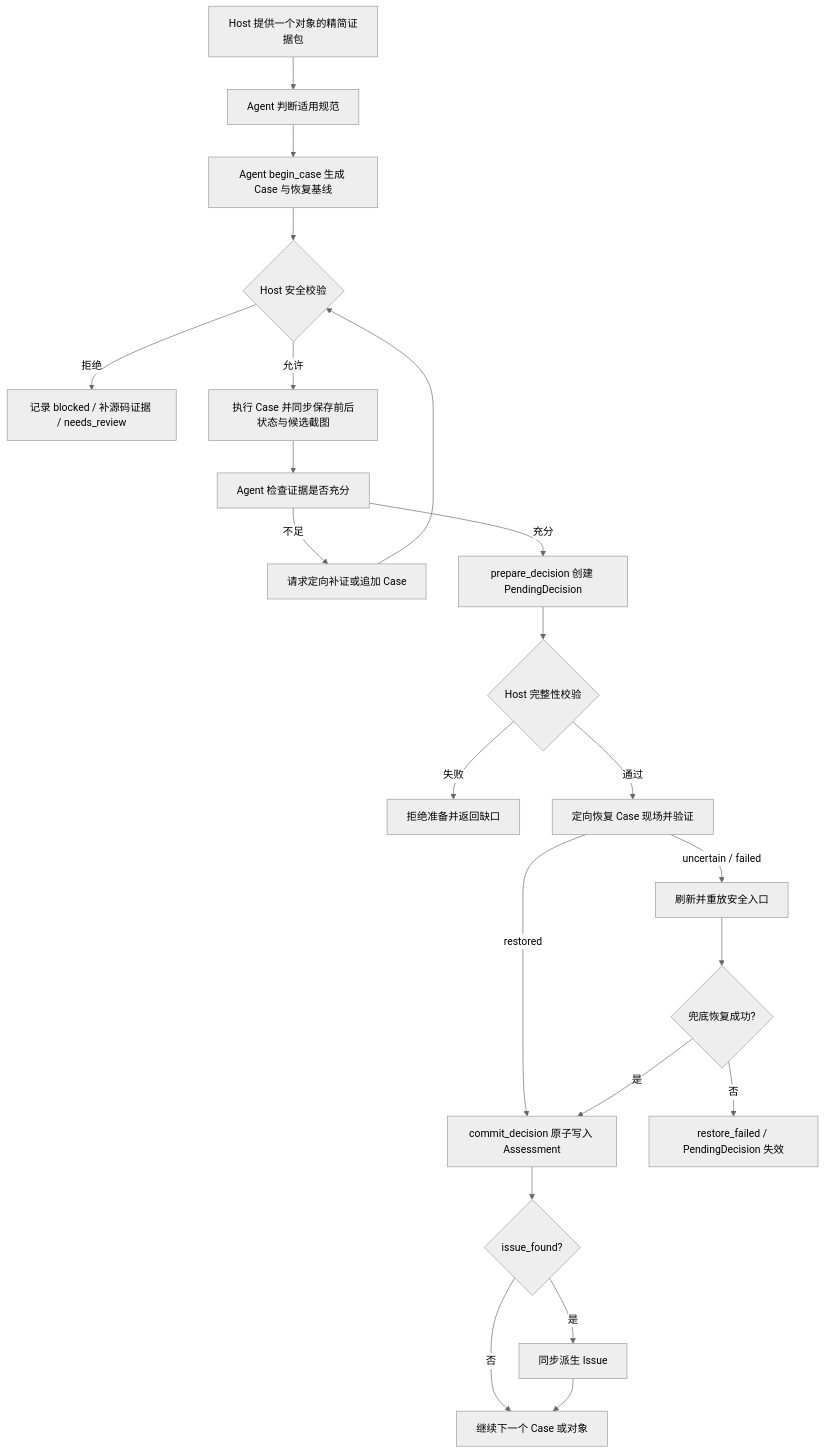
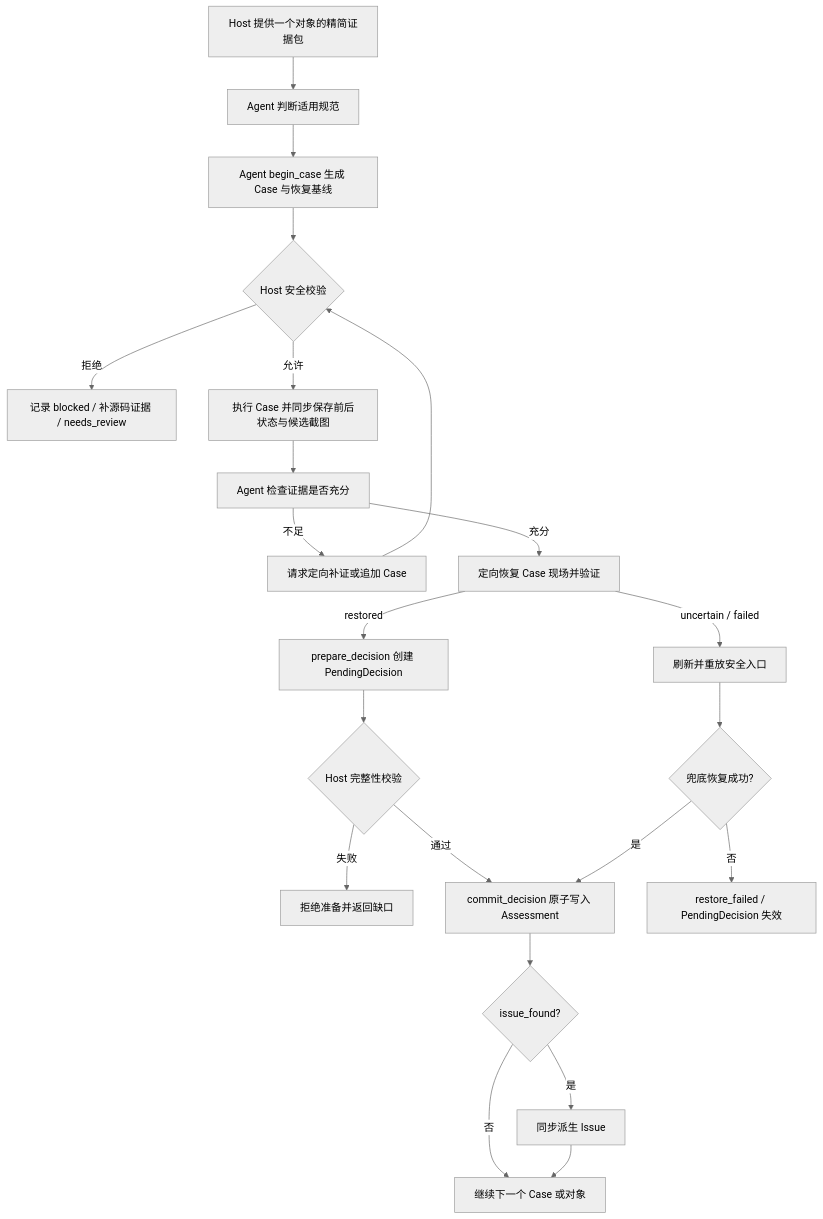
One commit to elioyu-07/Assayer changed the second of 3 diagrams in docs/architecture.md. Above: the diagram before and after it, drawn with Mermaid (neutral theme). The commit also changed 9 other files, not shown here.

````diff
--- a/docs/architecture.md
+++ b/docs/architecture.md
@@ -195,24 +195,24 @@
 ```mermaid
 flowchart TD
     A[Host 提供一个对象的精简证据包] --> B[Agent 判断适用规范]
     B --> C[Agent begin_case 生成 Case 与恢复基线]
     C --> D{Host 安全校验}
     D -- 拒绝 --> E[记录 blocked / 补源码证据 / needs_review]
     D -- 允许 --> F[执行 Case 并同步保存前后状态与候选截图]
     F --> G[Agent 检查证据是否充分]
     G -- 不足 --> H[请求定向补证或追加 Case]
     H --> D
-    G -- 充分 --> I[prepare_decision 创建 PendingDecision]
+    G -- 充分 --> L[定向恢复 Case 现场并验证]
+    L -- restored --> I[prepare_decision 创建 PendingDecision]
     I --> J{Host 完整性校验}
     J -- 失败 --> K[拒绝准备并返回缺口]
-    J -- 通过 --> L[定向恢复 Case 现场并验证]
-    L -- restored --> M[commit_decision 原子写入 Assessment]
+    J -- 通过 --> M[commit_decision 原子写入 Assessment]
     M --> N{issue_found?}
     N -- 是 --> O[同步派生 Issue]
     N -- 否 --> R[保留非问题状态并继续]
     O --> R[继续下一个 Case 或对象]
     L -- uncertain / failed --> S[刷新并重放安全入口]
     S --> T{兜底恢复成功?}
     T -- 是 --> M
     T -- 否 --> U[restore_failed / PendingDecision 失效]
 ```
````
